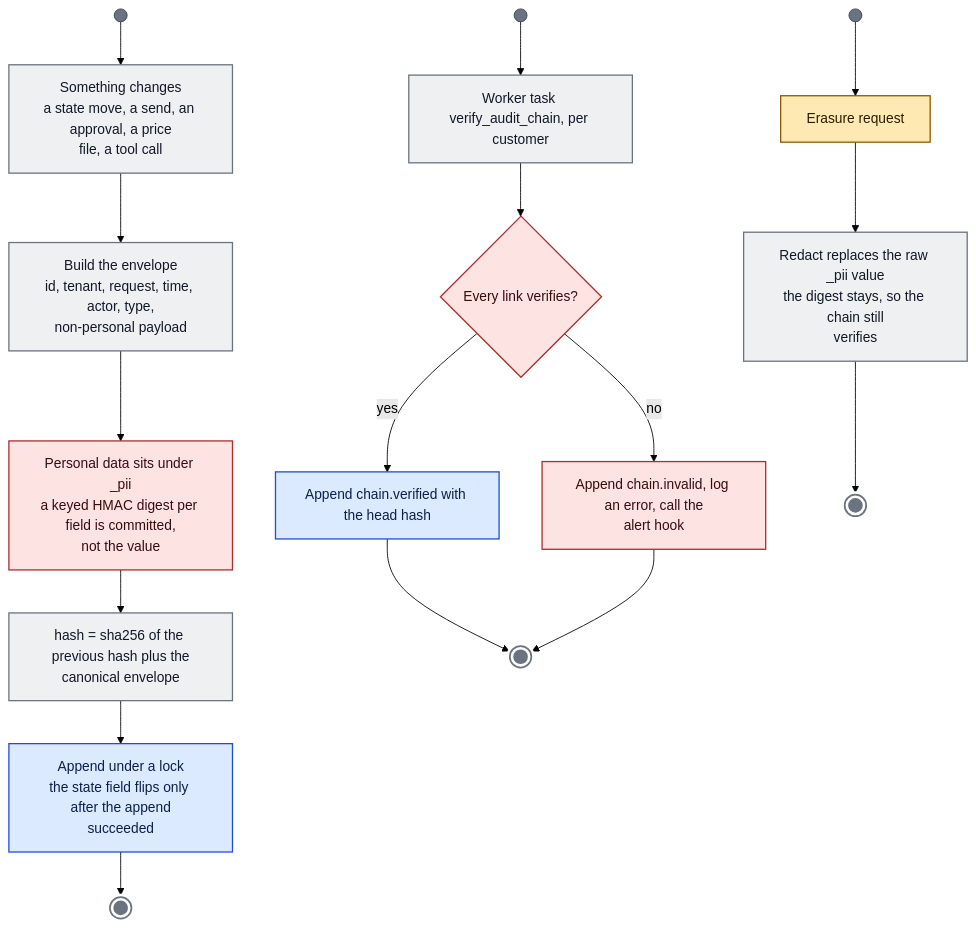
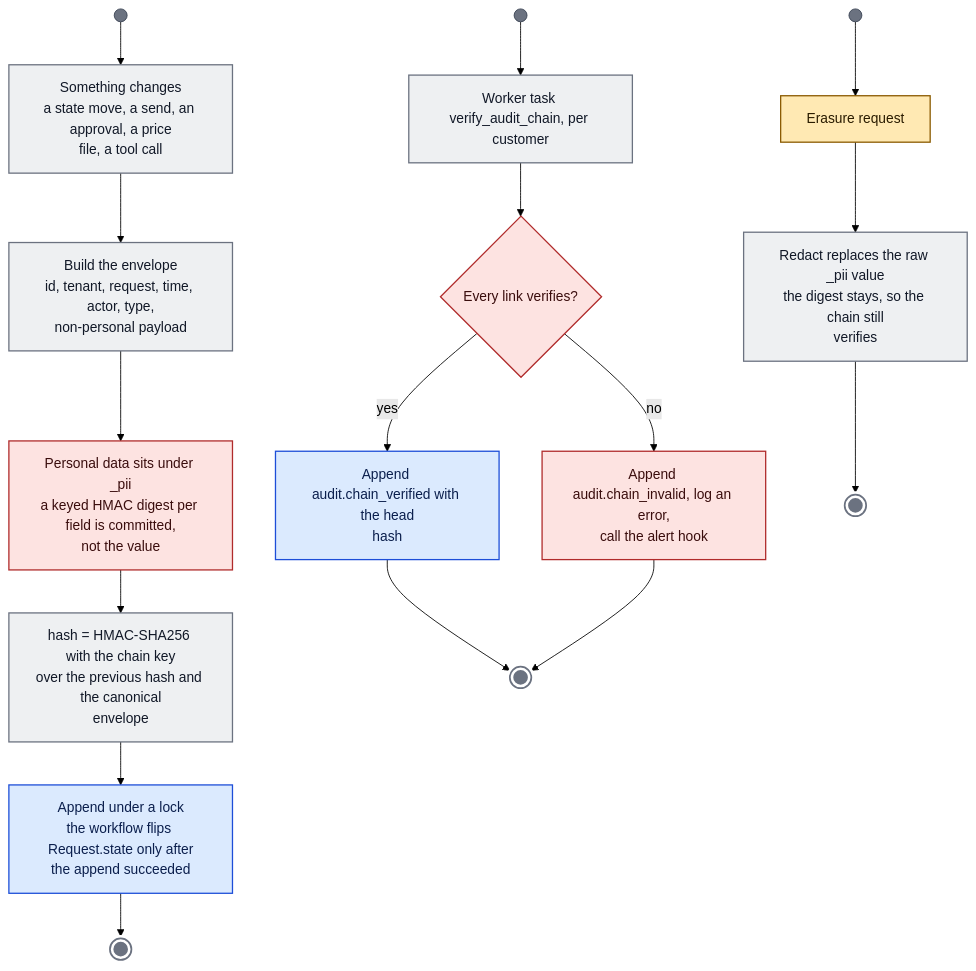
Diagram 16 of 33 in docs/architecture/activity-diagrams.md (emre-akarsu/ai-commerce-ideas), drawn with Mermaid (forest theme) before and after one commit. The commit also changed other lines of this file and 1 other file, not shown here.

First line of the commit message:
docs: correct activity diagrams after a fact-check of the rfq, verify, evidence and intake diagrams

````diff
--- a/docs/architecture/activity-diagrams.md
+++ b/docs/architecture/activity-diagrams.md
@@ -576,26 +581,26 @@
 ```mermaid
 flowchart TB
 classDef human fill:#ffe9b3,stroke:#8a5a00,color:#2a1c00,stroke-width:1.5px
 classDef rule fill:#eef0f2,stroke:#6b7280,color:#111827,stroke-width:1.5px
 classDef ai fill:#e9e3ff,stroke:#5b3fc4,color:#1e1050,stroke-width:2.5px,stroke-dasharray:6 4
 classDef opt fill:#d8f3e4,stroke:#1b7a4a,color:#0b2e1b,stroke-width:1.5px
 classDef gate fill:#fde3e1,stroke:#b02b2b,color:#3a0d0d,stroke-width:1.5px
 classDef data fill:#dbeafe,stroke:#1d4ed8,color:#0b1f4d,stroke-width:1.5px
 classDef bar fill:#6b7280,stroke:#374151,color:#ffffff
 classDef fin fill:#6b7280,stroke:#ffffff,color:#ffffff,stroke-width:3px
 S((" ")):::bar --> e1["Something changes<br/>a state move, a send, an approval, a price<br/>file, a tool call"]:::rule
 e1 --> e2["Build the envelope<br/>id, tenant, request, time, actor, type,<br/>non-personal payload"]:::rule
 e2 --> e3["Personal data sits under _pii<br/>a keyed HMAC digest per field is committed,<br/>not the value"]:::gate
-e3 --> e4["hash = sha256 of the previous hash plus the<br/>canonical envelope"]:::rule
-e4 --> e5["Append under a lock<br/>the state field flips only after the append<br/>succeeded"]:::data
+e3 --> e4["hash = HMAC-SHA256 with the chain key<br/>over the previous hash and the canonical<br/>envelope"]:::rule
+e4 --> e5["Append under a lock<br/>the workflow flips Request.state only after<br/>the append succeeded"]:::data
 e5 --> E1(((" "))):::fin
 S2((" ")):::bar --> w1["Worker task verify_audit_chain, per customer"]:::rule
 w1 --> d1{"Every link verifies?"}:::gate
-d1 -->|"yes"| w2["Append chain.verified with the head hash"]:::data
-d1 -->|"no"| w3["Append chain.invalid, log an error, call the<br/>alert hook"]:::gate
+d1 -->|"yes"| w2["Append audit.chain_verified with the head<br/>hash"]:::data
+d1 -->|"no"| w3["Append audit.chain_invalid, log an error,<br/>call the alert hook"]:::gate
 w2 --> E2(((" "))):::fin
 w3 --> E2
 S3((" ")):::bar --> r1["Erasure request"]:::human
 r1 --> r2["Redact replaces the raw _pii value<br/>the digest stays, so the chain still<br/>verifies"]:::rule
 r2 --> E3(((" "))):::fin
 ```
````
